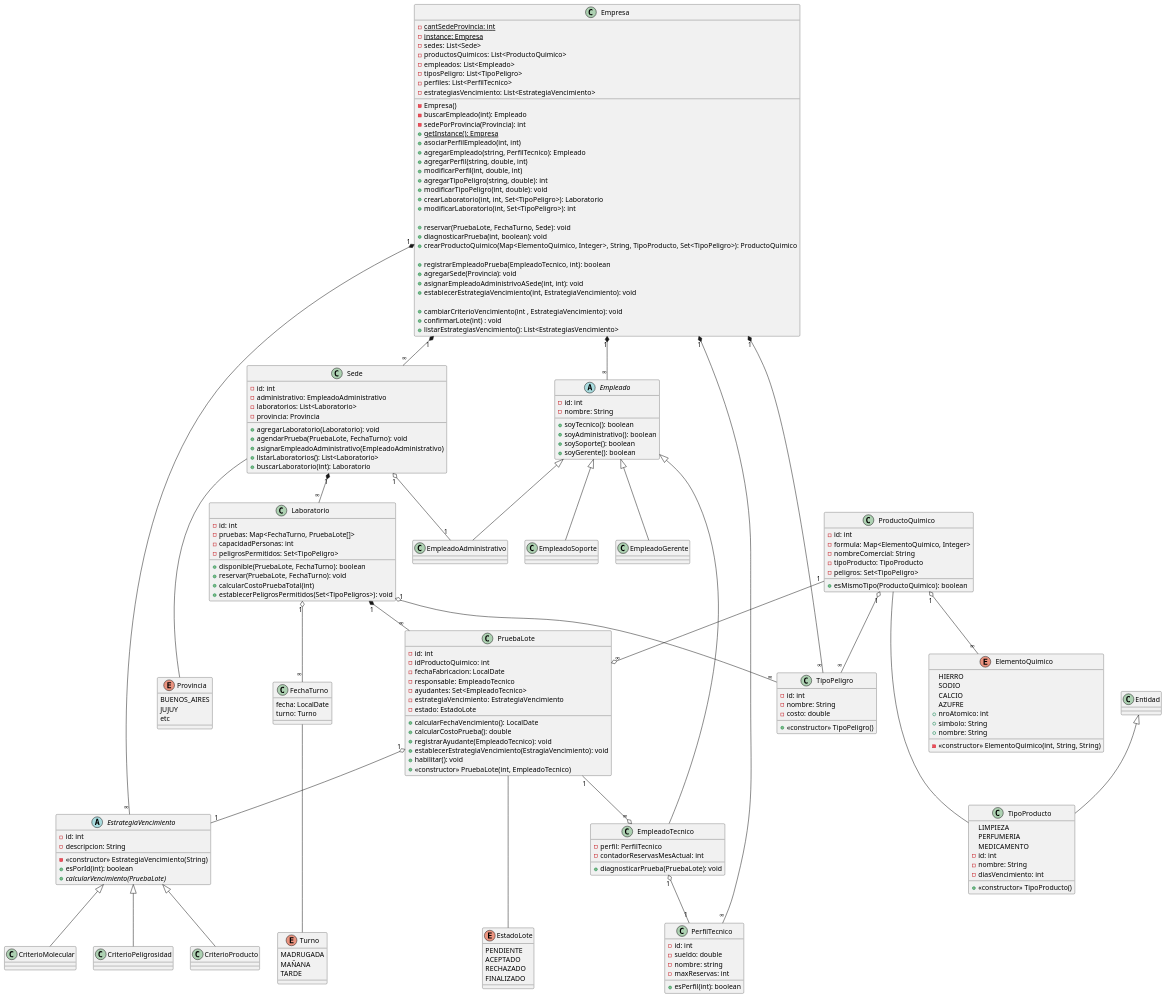
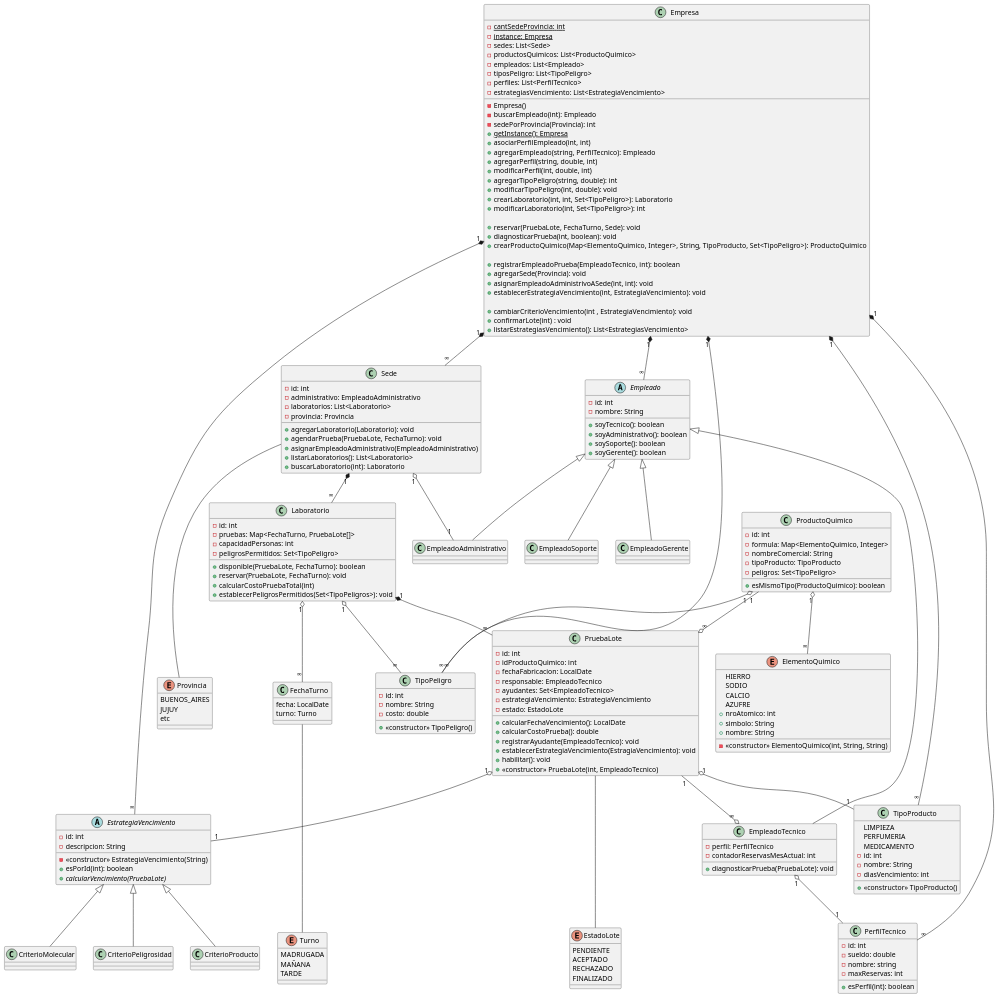
Before and after one commit to SrBigotones/UADE_TPO_OOP: the diagram in diagramas/clases.plantuml, drawn with PlantUML.

```diff
--- a/diagramas/clases.plantuml
+++ b/diagramas/clases.plantuml
@@ -207,7 +207,7 @@
 Sede --- Provincia
 Laboratorio "1" o-- "∞" TipoPeligro
 Empresa "1" *-- "∞" TipoPeligro
-ProductoQuimico --- TipoProducto
+Empresa "1" *-- "∞" TipoProducto
 ProductoQuimico "1" o-- "∞" TipoPeligro
 ProductoQuimico "1" --o "∞" PruebaLote
 PruebaLote --- EstadoLote
@@ -222,6 +222,6 @@
 Sede "1" o-- "1" EmpleadoAdministrativo
 PruebaLote "1" --o "∞" EmpleadoTecnico
 Empresa "1" *-- "∞" EstrategiaVencimiento
-Entidad <|-- TipoProducto
+PruebaLote "1" o-- "1" TipoProducto
 
 @enduml
```
